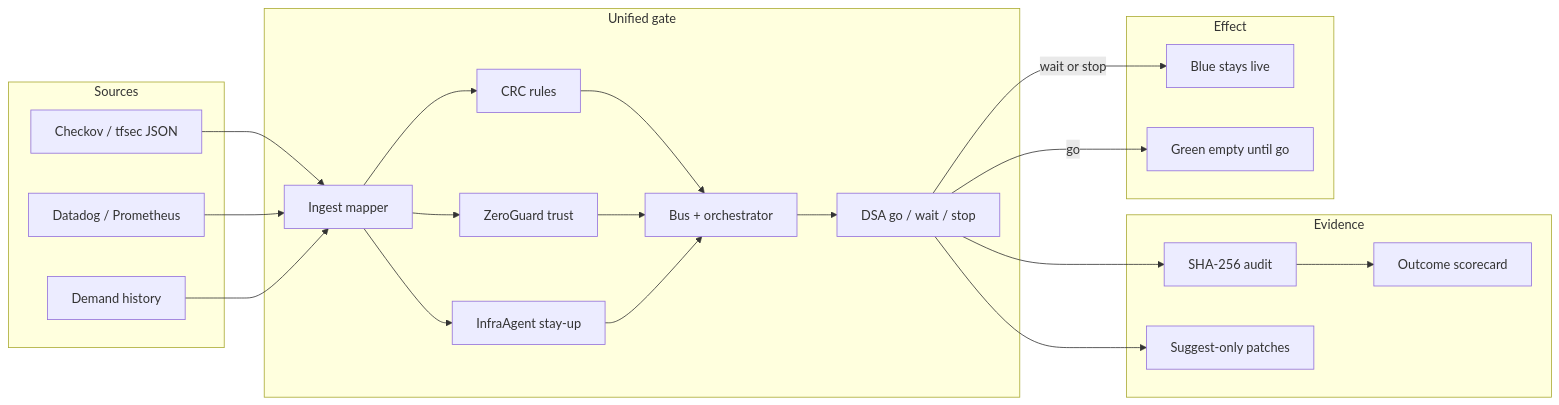
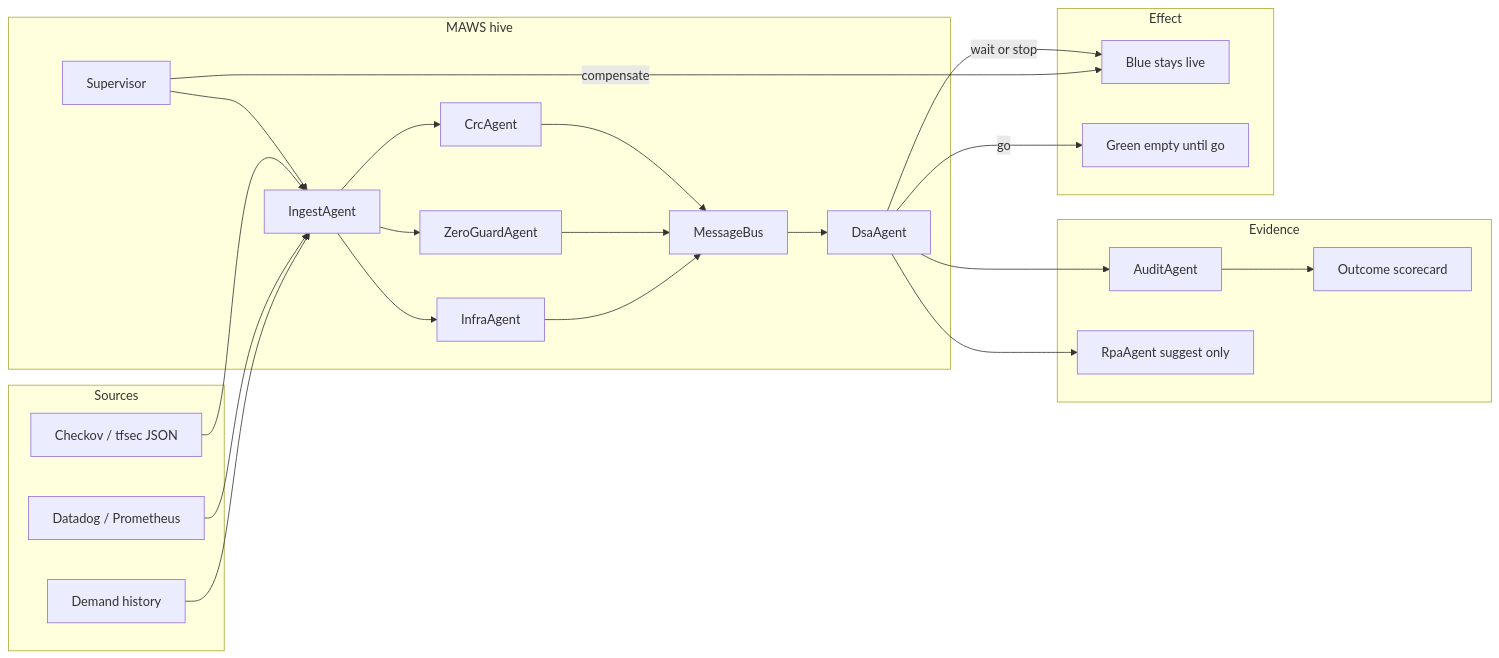
The second of 6 diagrams in ARCHITECTURE.md (harishapuri/unifiedframework), drawn with Mermaid before and after one commit. The commit also changed other lines of this file and 1 other file, not shown here.

Commit message:
Show the MAWS hive as the orchestrator on the architecture diagrams.

````diff
--- a/ARCHITECTURE.md
+++ b/ARCHITECTURE.md
@@ -118,40 +137,42 @@
 ```mermaid
 flowchart LR
   subgraph sources [Sources]
     CK[Checkov / tfsec JSON]
     DD[Datadog / Prometheus]
     HIST[Demand history]
   end
 
-  subgraph gate [Unified gate]
-    IN[Ingest mapper]
-    CRC[CRC rules]
-    ZG[ZeroGuard trust]
-    IA[InfraAgent stay-up]
-    BUS[Bus + orchestrator]
-    DSA[DSA go / wait / stop]
-    IN --> CRC --> BUS
+  subgraph hive [MAWS hive]
+    SUP[Supervisor]
+    IN[IngestAgent]
+    CRC[CrcAgent]
+    ZG[ZeroGuardAgent]
+    IA[InfraAgent]
+    BUS[MessageBus]
+    DSA[DsaAgent]
+    SUP --> IN --> CRC --> BUS
     IN --> ZG --> BUS
     IN --> IA --> BUS
     BUS --> DSA
   end
 
   subgraph evidence [Evidence]
-    AUD[SHA-256 audit]
+    AUD[AuditAgent]
     SC[Outcome scorecard]
-    RPA[Suggest-only patches]
+    RPA[RpaAgent suggest only]
   end
 
   subgraph effect [Effect]
     BLU[Blue stays live]
     GRN[Green empty until go]
   end
 
   CK --> IN
   DD --> IN
   HIST --> IN
   DSA --> AUD --> SC
   DSA --> RPA
   DSA -->|go| GRN
   DSA -->|wait or stop| BLU
+  SUP -->|compensate| BLU
 ```
````
